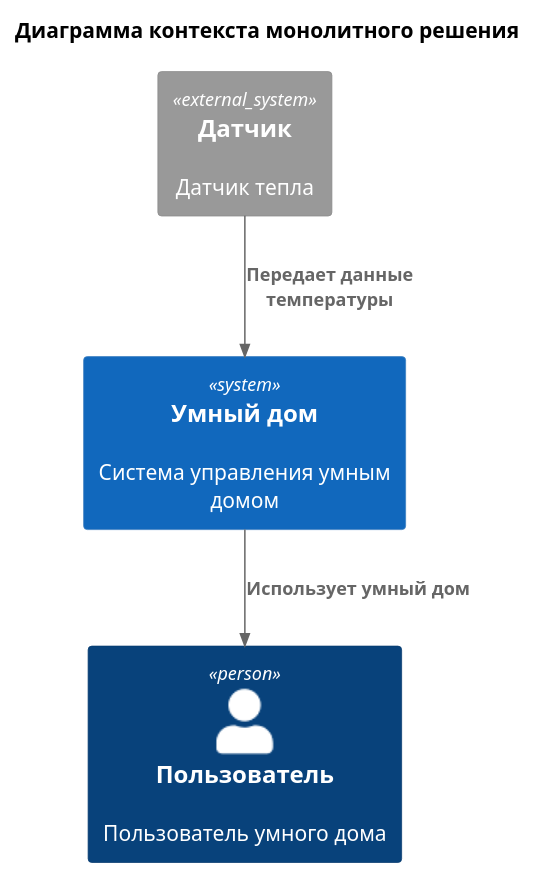
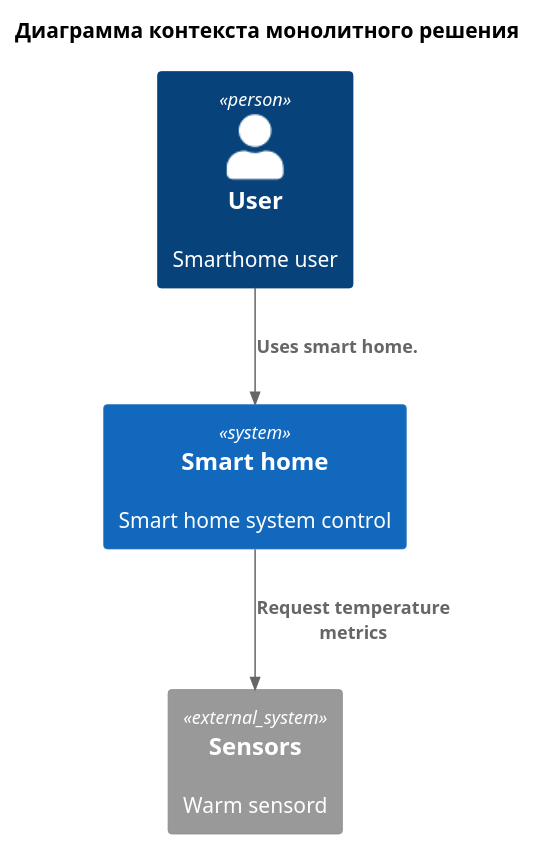
The diagram in schemas/context/monolit.puml (Yurtaevtv/architector-pro-warmhouse), drawn with PlantUML before and after one commit.

Commit message:
try comment context in english

```diff
--- a/schemas/context/monolit.puml
+++ b/schemas/context/monolit.puml
@@ -1,17 +1,17 @@
 @startuml
 
 title Диаграмма контекста монолитного решения
 
 top to bottom direction
 
 !includeurl https://raw.githubusercontent.com/RicardoNiepel/C4-PlantUML/master/C4_Component.puml
 
-Person(user, "Пользователь", "Пользователь умного дома")
-System(SmartHome, "Умный дом", "Система управления умным домом")
-System_Ext(sensors, "Датчик", "Датчик тепла")
+Person(user, "User", "Smarthome user")
+System(SmartHome, "Smart home", "Smart home system control")
+System_Ext(sensors, "Sensors", "Warm sensord")
 
 
-Rel(sensors, SmartHome, "Передает данные температуры")
-Rel(SmartHome, user, "Использует умный дом")
+Rel(SmartHome, sensors,  "Request temperature metrics")
+Rel(user, SmartHome,  "Uses smart home. ")
 
 @enduml
```
